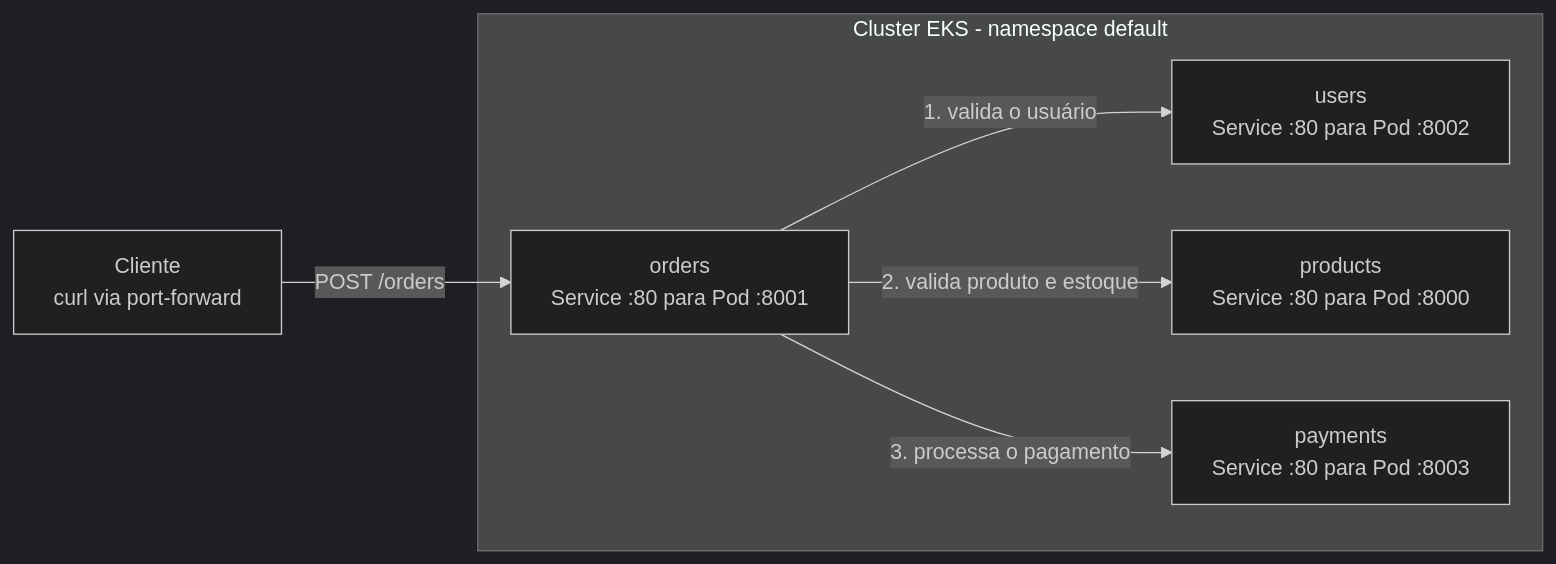
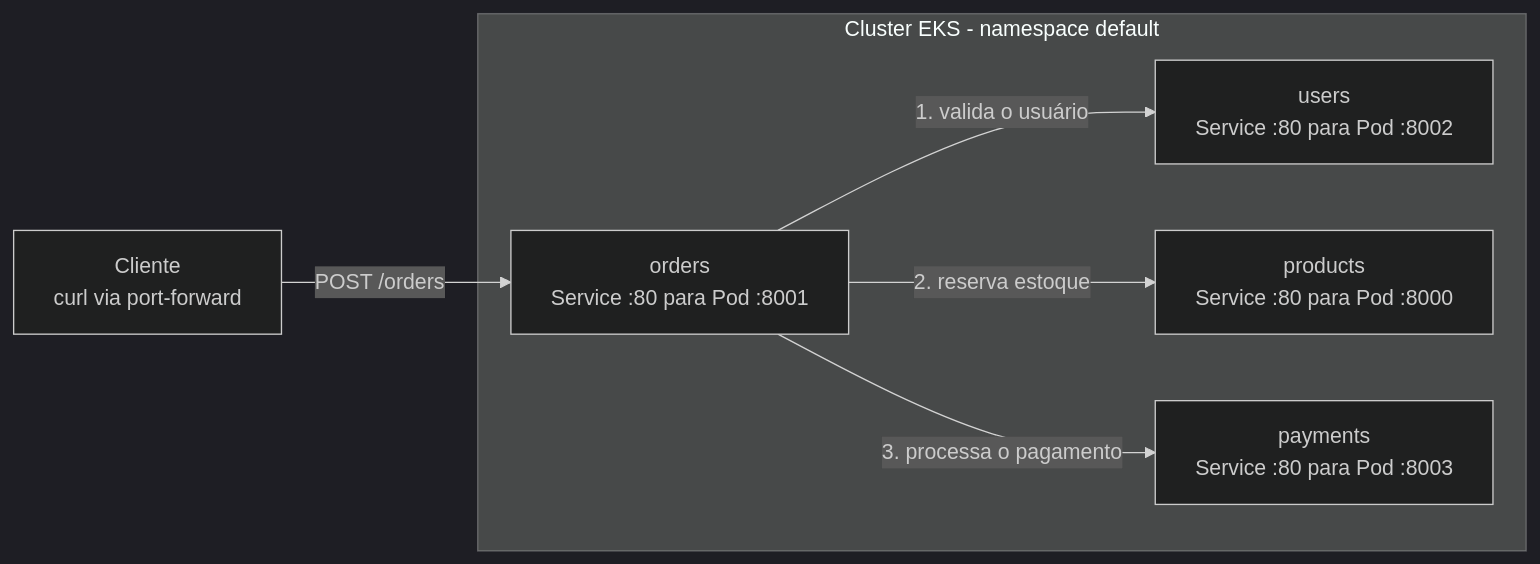
The second of 4 diagrams in README.md (vxtxbryan/lab-ecommerce-microsservicos), drawn with Mermaid (dark theme) before and after one commit. The commit also changed other lines of this file and 13 other files, not shown here.

````diff
--- a/README.md
+++ b/README.md
@@ -99,14 +99,14 @@
 ```mermaid
 flowchart LR
     client["Cliente<br/>curl via port-forward"] -->|"POST /orders"| orders
 
     subgraph K8S["Cluster EKS - namespace default"]
         orders["orders<br/>Service :80 para Pod :8001"]
         users["users<br/>Service :80 para Pod :8002"]
         products["products<br/>Service :80 para Pod :8000"]
         payments["payments<br/>Service :80 para Pod :8003"]
         orders -->|"1. valida o usuário"| users
-        orders -->|"2. valida produto e estoque"| products
+        orders -->|"2. reserva estoque"| products
         orders -->|"3. processa o pagamento"| payments
     end
 ```
````
